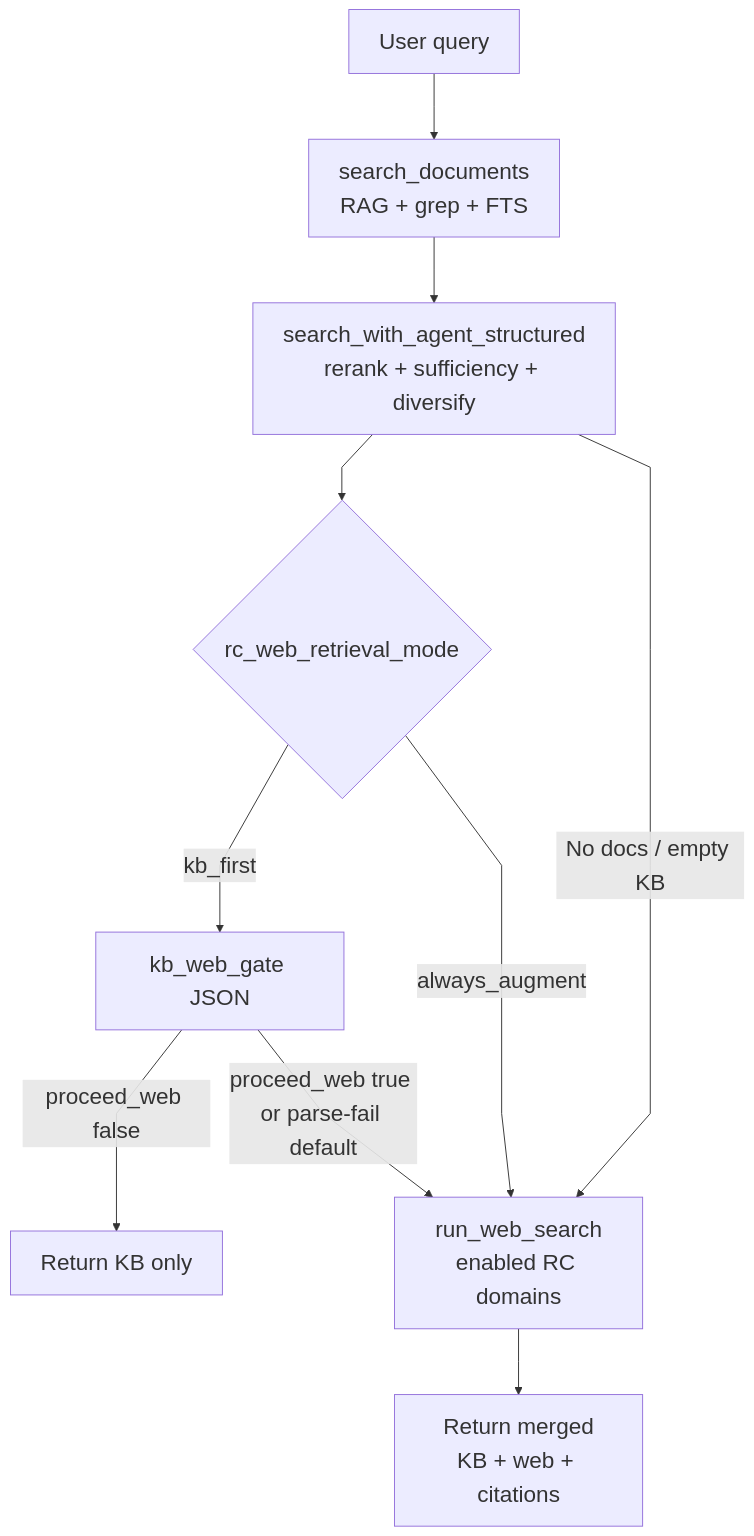
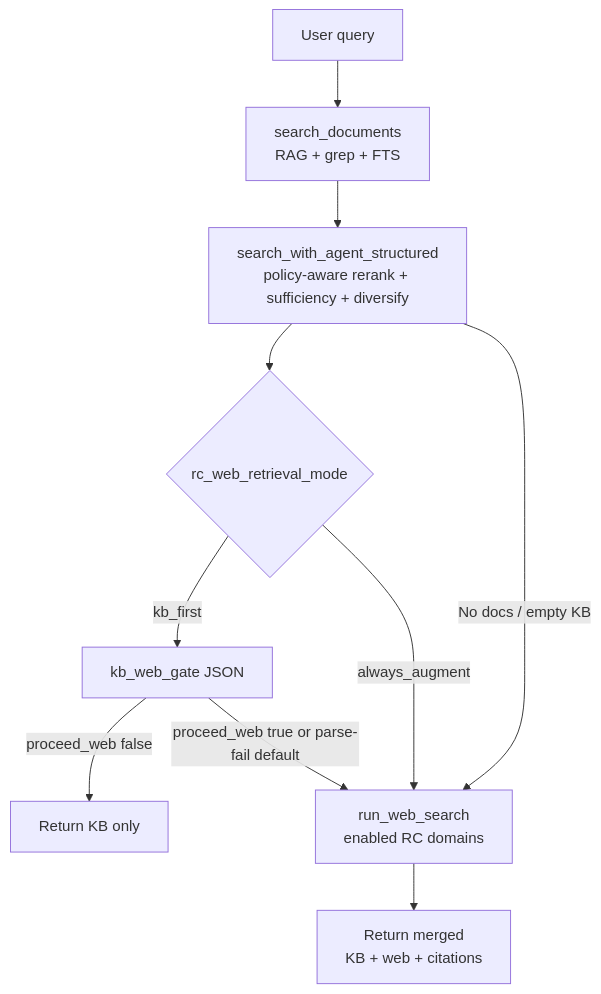
The second of 3 diagrams in docs/ARCHITECTURE.md (sangyoon-pak/Sova_CSM_Radar_247), drawn with Mermaid before and after one commit. The commit also changed other lines of this file and 12 other files, not shown here.

````diff
--- a/docs/ARCHITECTURE.md
+++ b/docs/ARCHITECTURE.md
@@ -97,20 +98,20 @@
 ```mermaid
-%%{init: {"themeVariables": {"fontSize": "24px"}, "flowchart": {"nodeSpacing": 55, "rankSpacing": 70, "padding": 16, "curve": "linear"}, "themeCSS": ".edgePath path{stroke-width:3px !important;} .flowchart-link{stroke-width:3px !important;} .edge-pattern-dotted{stroke-width:3px !important;} .edge-pattern-dashed{stroke-width:3px !important;}"}}%%
+%%{init: {"themeCSS": ".edgePath path{stroke-width:3px !important;} .flowchart-link{stroke-width:3px !important;} .edge-pattern-dotted{stroke-width:3px !important;} .edge-pattern-dashed{stroke-width:3px !important;}"}}%%
 flowchart TB
   Q[User query]
   SD[search_documents<br/>RAG + grep + FTS]
-  SA[search_with_agent_structured<br/>rerank + sufficiency + diversify]
+  SA[search_with_agent_structured<br/>policy-aware rerank + sufficiency + diversify]
   MODE{rc_web_retrieval_mode}
   GATE[kb_web_gate JSON]
   KBONLY[Return KB only]
   WEB[run_web_search<br/>enabled RC domains]
   OUT[Return merged<br/>KB + web + citations]
 
   Q --> SD --> SA --> MODE
   SA -->|No docs / empty KB| WEB
   MODE -->|always_augment| WEB
   MODE -->|kb_first| GATE
   GATE -->|proceed_web false| KBONLY
   GATE -->|proceed_web true or parse-fail default| WEB
   WEB --> OUT
 ```
````
